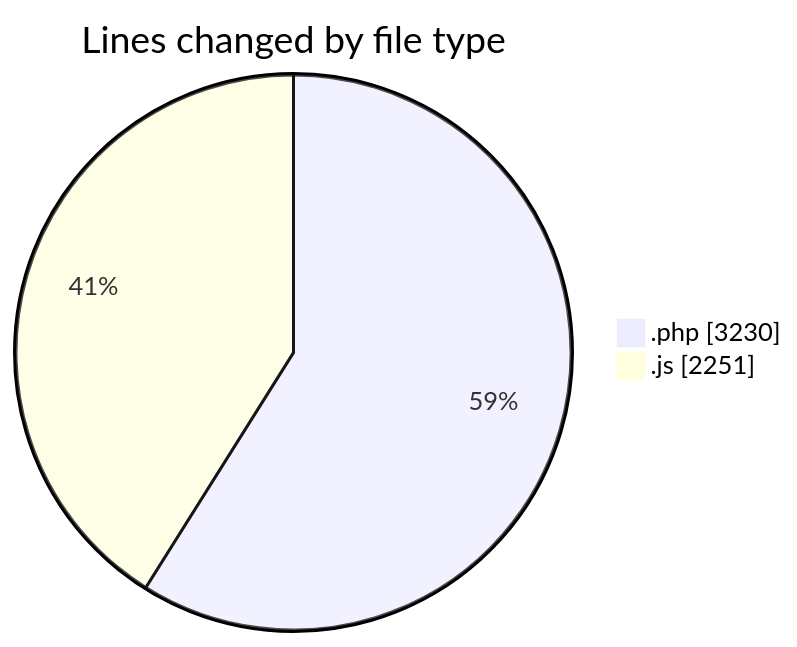
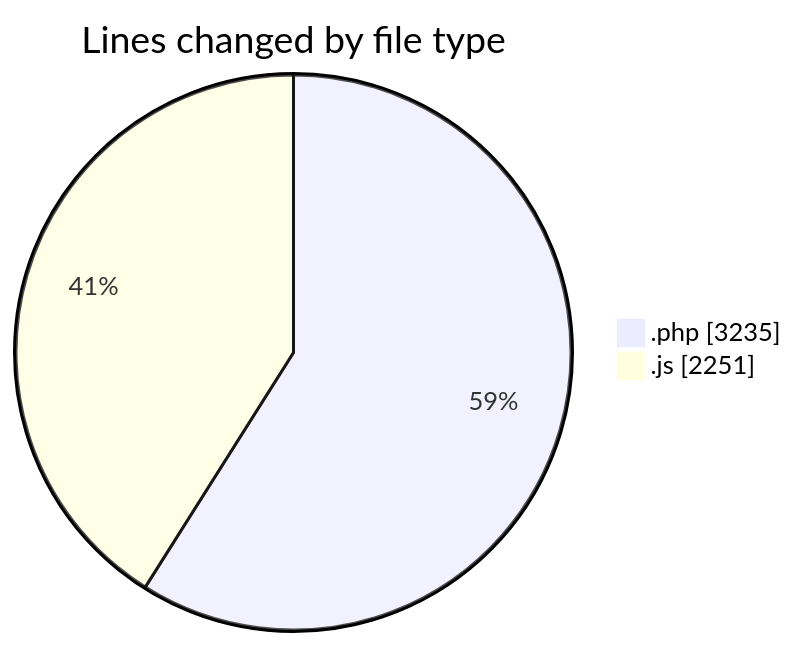
Before and after one commit to debugP/code-tracking: the first of 2 diagrams in 2026-07-24/untitled__workspace_/README.md, drawn with Mermaid. The commit also changed other lines of this file and 1 other file, not shown here.

````diff
--- a/2026-07-24/untitled__workspace_/README.md
+++ b/2026-07-24/untitled__workspace_/README.md
@@ -24,6 +24,6 @@
 ```mermaid
 pie showData
 title Lines changed by file type
-".php" : 3230
+".php" : 3235
 ".js" : 2251
 ```
````
